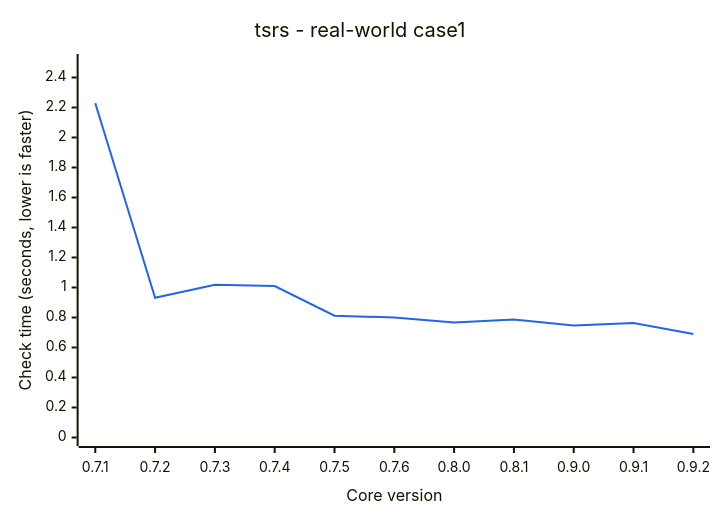
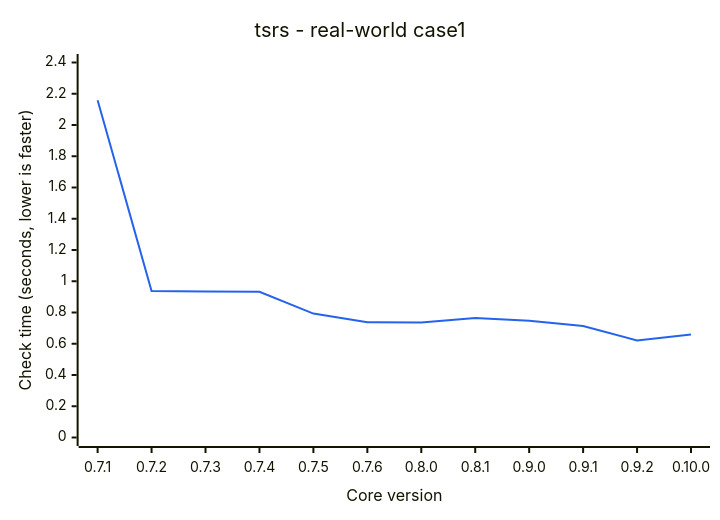
One commit to ismailkarsli/TypeSQL changed the diagram in README.md. Above: the diagram before and after it, drawn with Mermaid. The commit also changed other lines of this file and 32 other files, not shown here.

````diff
--- a/README.md
+++ b/README.md
@@ -149,13 +149,13 @@
 ```mermaid
 ---
 config:
   themeVariables:
     xyChart:
       plotColorPalette: "#2563eb"
 ---
 xychart-beta
     title "tsrs - real-world case1"
-    x-axis "Core version" ["0.7.1", "0.7.2", "0.7.3", "0.7.4", "0.7.5", "0.7.6", "0.8.0", "0.8.1", "0.9.0", "0.9.1", "0.9.2"]
-    y-axis "Check time (seconds, lower is faster)" 0 --> 2.5
-    line [2.229, 0.931, 1.018, 1.01, 0.812, 0.8, 0.766, 0.787, 0.746, 0.763, 0.69]
+    x-axis "Core version" ["0.7.1", "0.7.2", "0.7.3", "0.7.4", "0.7.5", "0.7.6", "0.8.0", "0.8.1", "0.9.0", "0.9.1", "0.9.2", "0.10.0"]
+    y-axis "Check time (seconds, lower is faster)" 0 --> 2.4
+    line [2.159, 0.937, 0.934, 0.933, 0.793, 0.737, 0.736, 0.765, 0.747, 0.713, 0.621, 0.659]
 ```
````
